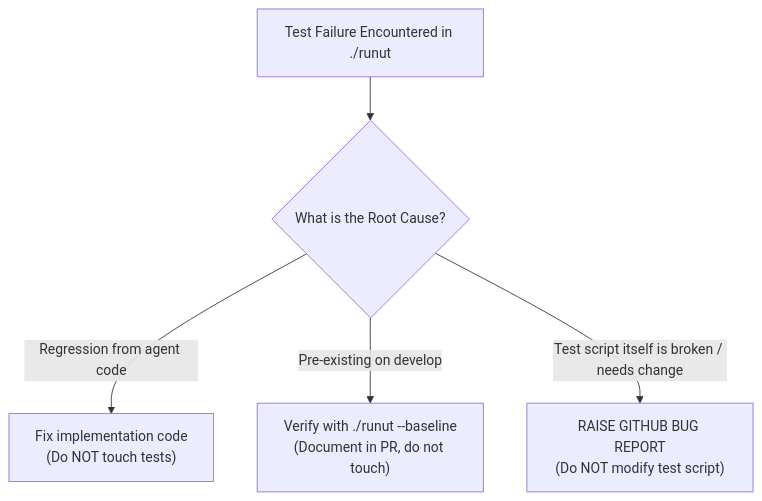
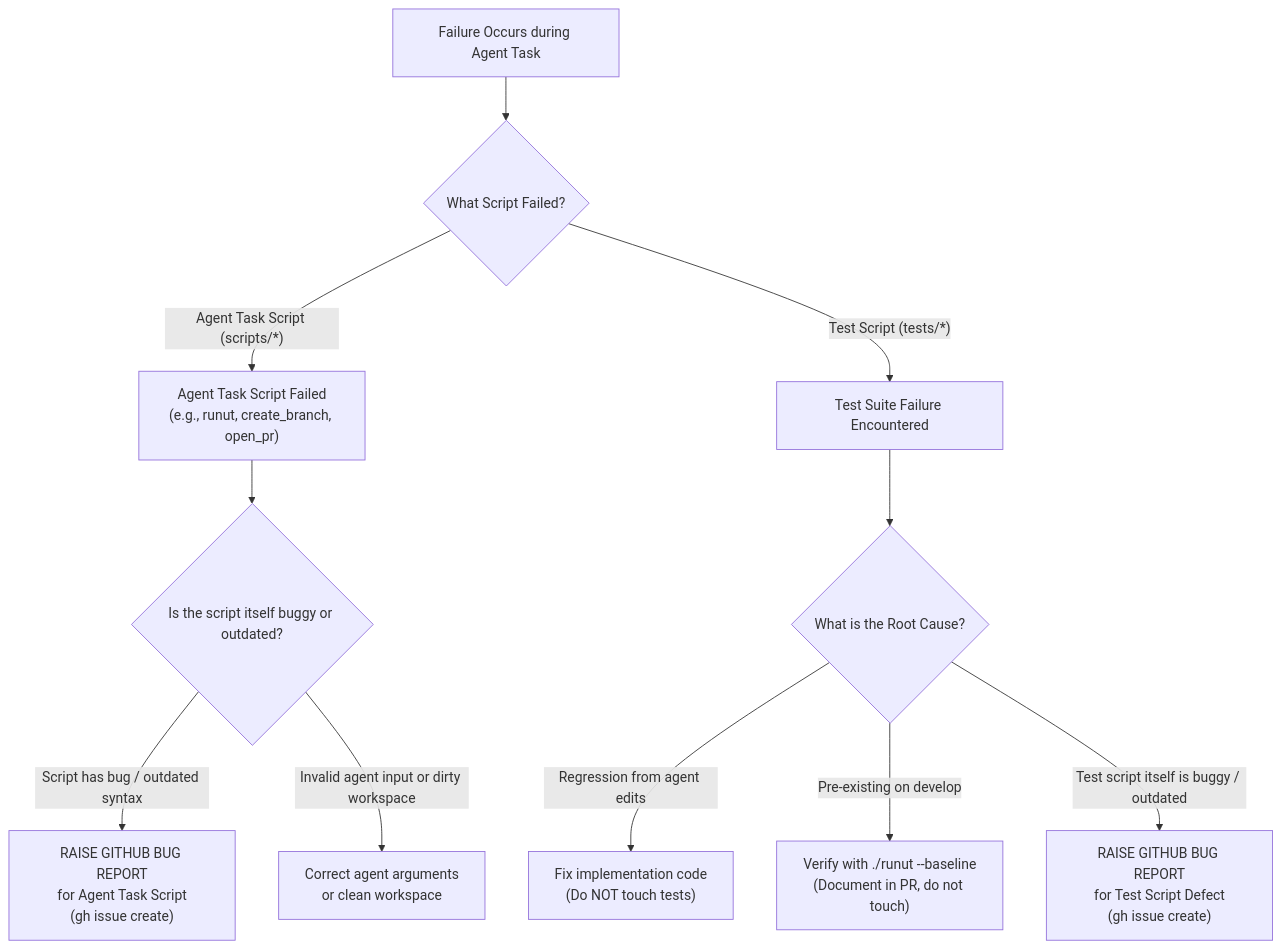
One commit to abhi266raj/ai-script-maker changed the diagram in guidelines/workflows/failure.md. Above: the diagram before and after it, drawn with Mermaid. The commit also changed other lines of this file and 1 other file, not shown here.

Commit message:
docs(failure): clarify script defect policy applies to agent task scripts and test scripts

````diff
--- a/guidelines/workflows/failure.md
+++ b/guidelines/workflows/failure.md
@@ -31,7 +31,15 @@
 ```mermaid
 flowchart TD
-    Failure["Test Failure Encountered in ./runut"] --> Triage{"What is the Root Cause?"}
-    Triage -->|"Regression from agent code"| FixImpl["Fix implementation code\n(Do NOT touch tests)"]
-    Triage -->|"Pre-existing on develop"| CheckBaseline["Verify with ./runut --baseline\n(Document in PR, do not touch)"]
-    Triage -->|"Test script itself is broken / needs change"| RaiseBug["RAISE GITHUB BUG REPORT\n(Do NOT modify test script)"]
+    Failure["Failure Occurs during Agent Task"] --> CheckType{"What Script Failed?"}
+    
+    CheckType -->|"Agent Task Script (scripts/*)"| TaskScriptFail["Agent Task Script Failed\n(e.g., runut, create_branch, open_pr)"]
+    TaskScriptFail --> TaskDiag{"Is the script itself buggy or outdated?"}
+    TaskDiag -->|"Script has bug / outdated syntax"| ReportScriptBug["RAISE GITHUB BUG REPORT\nfor Agent Task Script\n(gh issue create)"]
+    TaskDiag -->|"Invalid agent input or dirty workspace"| FixAgentAction["Correct agent arguments\nor clean workspace"]
+
+    CheckType -->|"Test Script (tests/*)"| TestScriptFail["Test Suite Failure Encountered"]
+    TestScriptFail --> TestDiag{"What is the Root Cause?"}
+    TestDiag -->|"Regression from agent edits"| FixImpl["Fix implementation code\n(Do NOT touch tests)"]
+    TestDiag -->|"Pre-existing on develop"| CheckBaseline["Verify with ./runut --baseline\n(Document in PR, do not touch)"]
+    TestDiag -->|"Test script itself is buggy / outdated"| ReportTestBug["RAISE GITHUB BUG REPORT\nfor Test Script Defect\n(gh issue create)"]
 ```
````
